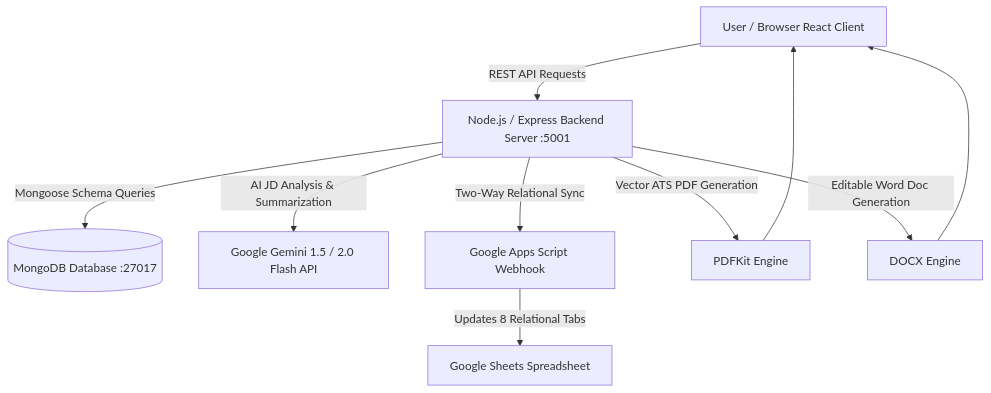
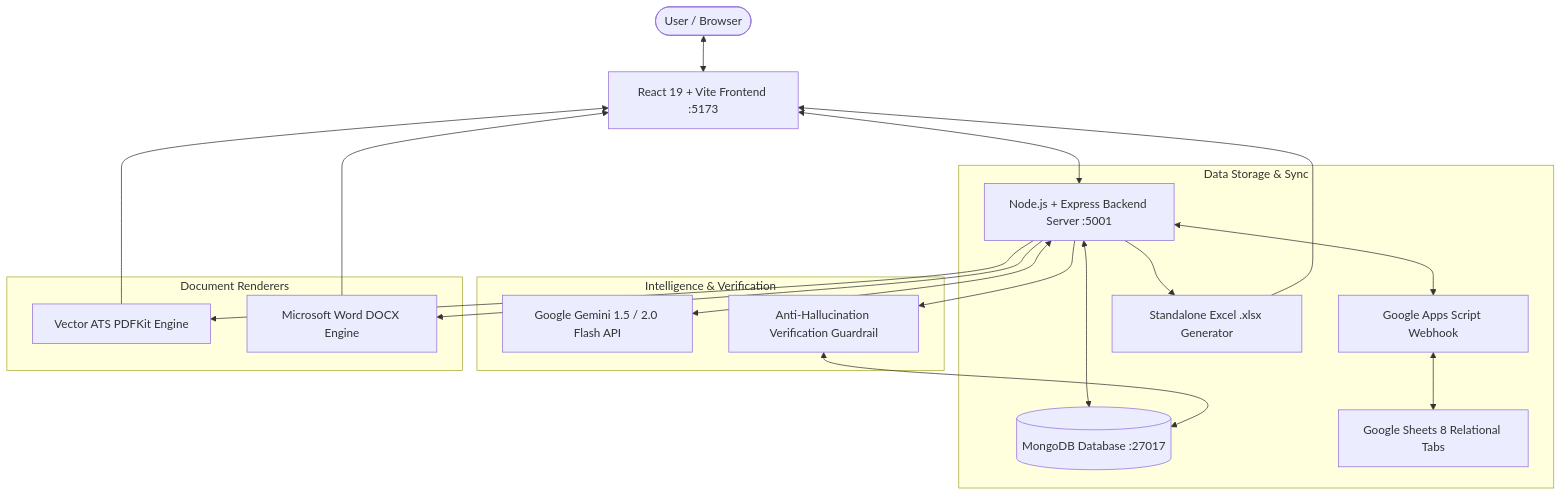
One commit to Antaraaaa14/AI-portfolio-and-resume changed the diagram in README.md. Above: the diagram before and after it, drawn with Mermaid. The commit also changed other lines of this file and 9 other files, not shown here.

````diff
--- a/README.md
+++ b/README.md
@@ -27,12 +39,27 @@
 ```mermaid
 graph TD
-    A[User / Browser React Client] -->|REST API Requests| B[Node.js / Express Backend Server :5001]
-    B -->|Mongoose Schema Queries| C[(MongoDB Database :27017)]
-    B -->|AI JD Analysis & Summarization| D[Google Gemini 1.5 / 2.0 Flash API]
-    B -->|Two-Way Relational Sync| E[Google Apps Script Webhook]
-    E -->|Updates 8 Relational Tabs| F[Google Sheets Spreadsheet]
-    B -->|Vector ATS PDF Generation| G[PDFKit Engine]
-    B -->|Editable Word Doc Generation| H[DOCX Engine]
-    G --> A
-    H --> A
+    User([User / Browser]) <--> ReactClient[React 19 + Vite Frontend :5173]
+    ReactClient <--> ExpressServer[Node.js + Express Backend Server :5001]
+    
+    subgraph Data Storage & Sync
+        ExpressServer <--> MongoDB[(MongoDB Database :27017)]
+        ExpressServer <--> AppsScript[Google Apps Script Webhook]
+        AppsScript <--> GSheets[Google Sheets 8 Relational Tabs]
+        ExpressServer --> XLSXBuilder[Standalone Excel .xlsx Generator]
+    end
+
+    subgraph Intelligence & Verification
+        ExpressServer <--> GeminiAPI[Google Gemini 1.5 / 2.0 Flash API]
+        ExpressServer --> AntiHallucination[Anti-Hallucination Verification Guardrail]
+        AntiHallucination <--> MongoDB
+    end
+
+    subgraph Document Renderers
+        ExpressServer --> PDFKit[Vector ATS PDFKit Engine]
+        ExpressServer --> DOCXGen[Microsoft Word DOCX Engine]
+    end
+
+    PDFKit --> ReactClient
+    DOCXGen --> ReactClient
+    XLSXBuilder --> ReactClient
 ```
````
